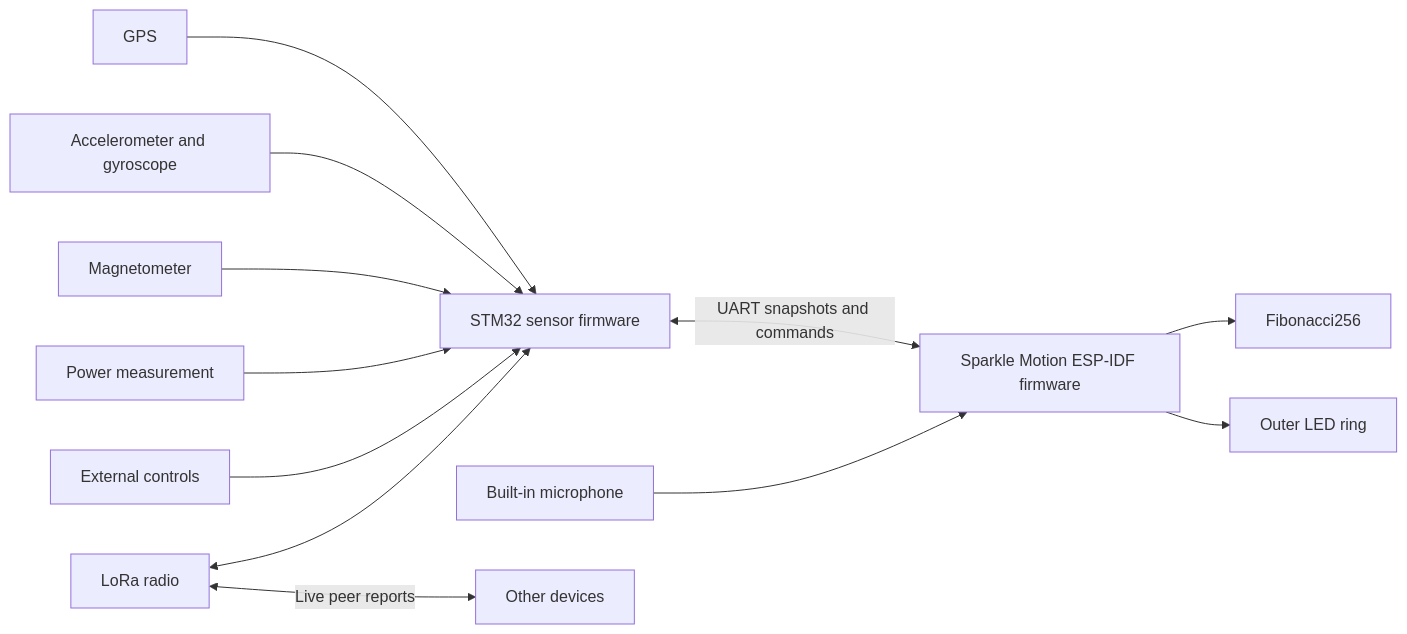
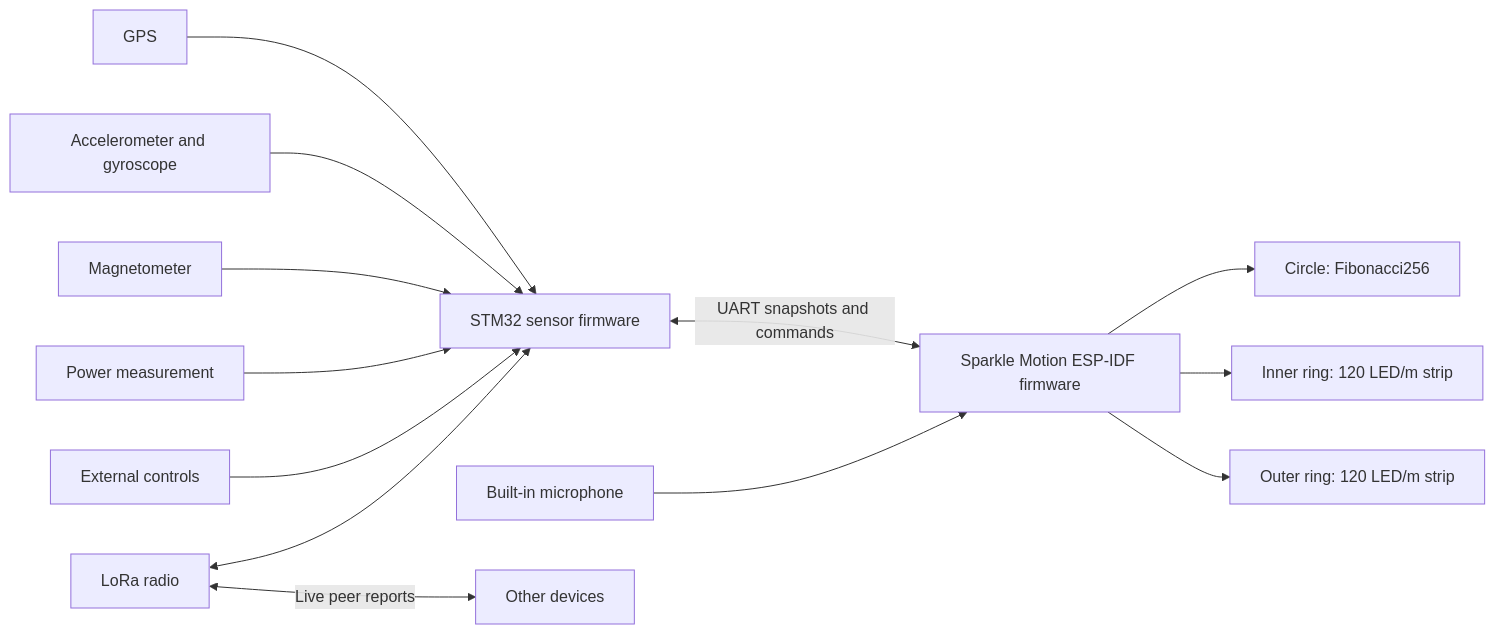
One commit to BlinkyStitt/smart-compass-v0 changed the diagram in design-v2.md. Above: the diagram before and after it, drawn with Mermaid. The commit also changed other lines of this file, not shown here.

Commit message:
docs: define circle and two 120 LED per meter rings

````diff
--- a/design-v2.md
+++ b/design-v2.md
@@ -62,14 +63,15 @@
 ```mermaid
 flowchart LR
     GPS[GPS] --> STM[STM32 sensor firmware]
     IMU[Accelerometer and gyroscope] --> STM
     MAG[Magnetometer] --> STM
     POWER[Power measurement] --> STM
     KEYS[External controls] --> STM
     RADIO[LoRa radio] <--> STM
     STM <-->|UART snapshots and commands| ESP[Sparkle Motion ESP-IDF firmware]
     MIC[Built-in microphone] --> ESP
-    ESP --> DISC[Fibonacci256]
-    ESP --> RING[Outer LED ring]
+    ESP --> CIRCLE[Circle: Fibonacci256]
+    ESP --> INNER[Inner ring: 120 LED/m strip]
+    ESP --> OUTER[Outer ring: 120 LED/m strip]
     RADIO <-->|Live peer reports| PEERS[Other devices]
 ```
````
